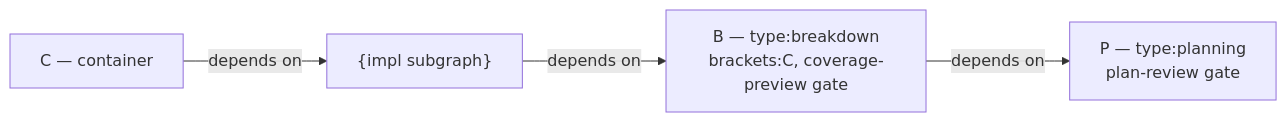
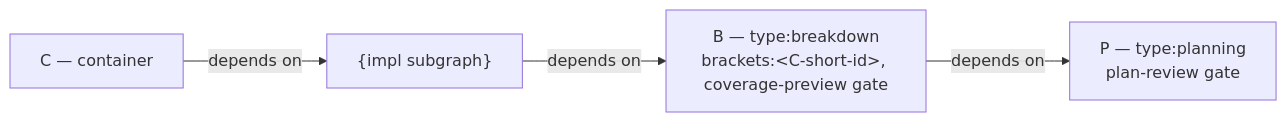
The second of 3 diagrams in docs/concepts/planning-bracket.md (erankavija/just-in-time), drawn with Mermaid before and after one commit. The commit also changed other lines of this file and 10 other files, not shown here.

````diff
--- a/docs/concepts/planning-bracket.md
+++ b/docs/concepts/planning-bracket.md
@@ -64,10 +86,10 @@
 ```mermaid
 graph LR
   C["C — container"]
   impl["{impl subgraph}"]
-  B["B — type:breakdown<br/>brackets:C, coverage-preview gate"]
+  B["B — type:breakdown<br/>brackets:&lt;C-short-id&gt;, coverage-preview gate"]
   P["P — type:planning<br/>plan-review gate"]
   C -->|depends on| impl
   impl -->|depends on| B
   B -->|depends on| P
 ```
````
